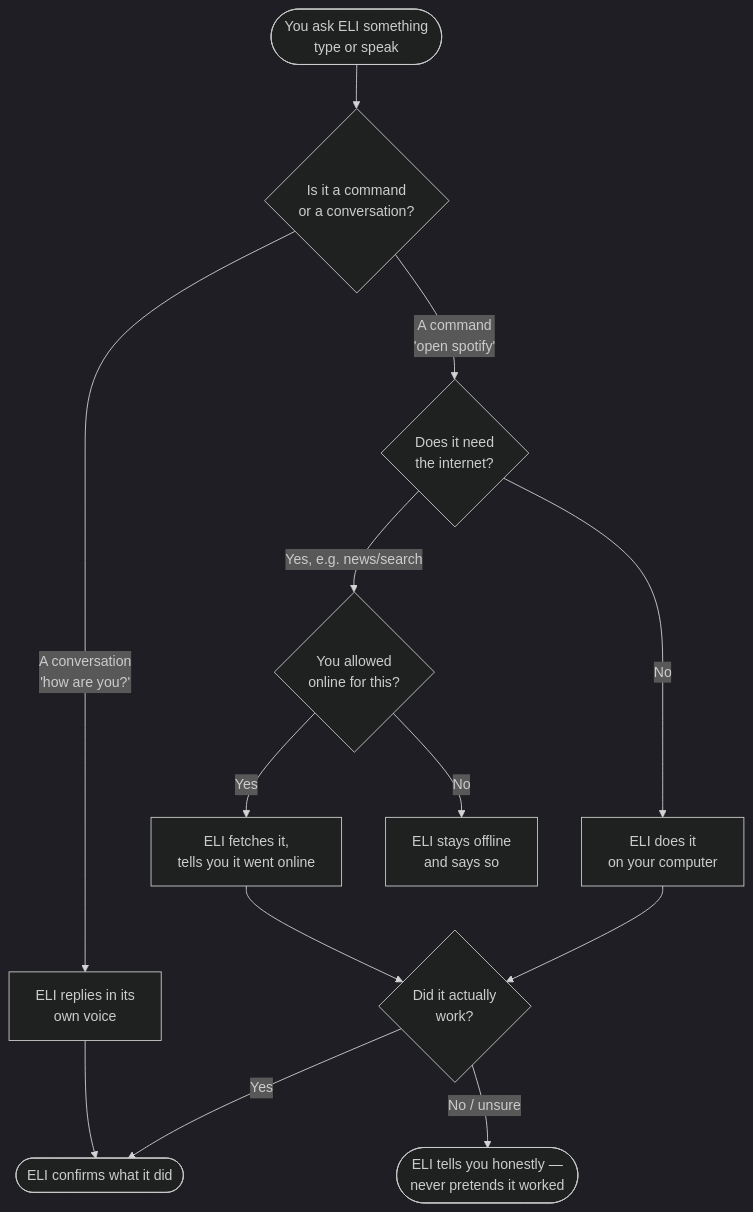
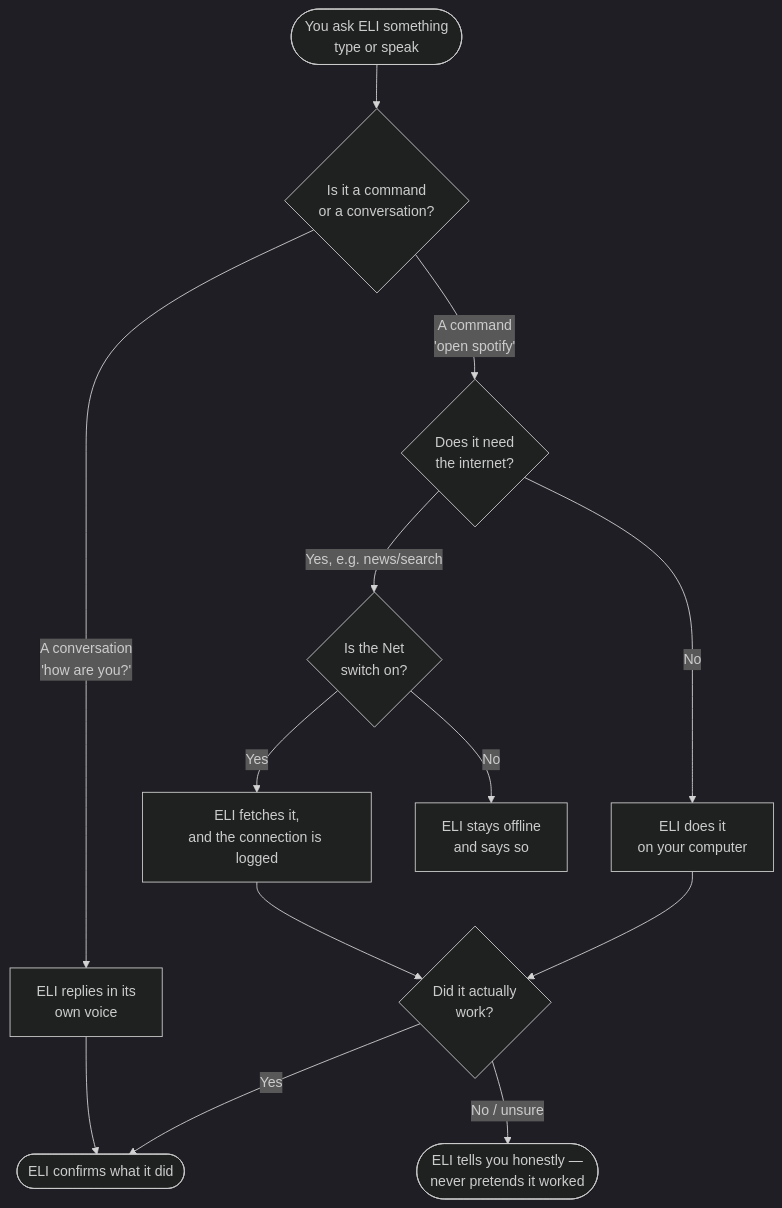
Before and after one commit to ShadowESC95/ELI_v2.0: the second of 11 diagrams in blueprints/ELI_USER_MANUAL.md, drawn with Mermaid (dark theme). The commit also changed other lines of this file and 115 other files, not shown here.

````diff
--- a/blueprints/ELI_USER_MANUAL.md
+++ b/blueprints/ELI_USER_MANUAL.md
@@ -112,15 +113,15 @@
 ```mermaid
 flowchart TD
     A([You ask ELI something<br/>type or speak]) --> B{Is it a command<br/>or a conversation?}
     B -->|A command<br/>'open spotify'| C{Does it need<br/>the internet?}
     B -->|A conversation<br/>'how are you?'| H[ELI replies in its<br/>own voice]
     C -->|No| D[ELI does it<br/>on your computer]
-    C -->|Yes, e.g. news/search| E{You allowed<br/>online for this?}
-    E -->|Yes| F[ELI fetches it,<br/>tells you it went online]
+    C -->|Yes, e.g. news/search| E{Is the Net<br/>switch on?}
+    E -->|Yes| F[ELI fetches it,<br/>and the connection is logged]
     E -->|No| G[ELI stays offline<br/>and says so]
     D --> I{Did it actually<br/>work?}
     F --> I
     I -->|Yes| J([ELI confirms what it did])
     I -->|No / unsure| K([ELI tells you honestly —<br/>never pretends it worked])
     H --> J
 ```
````
